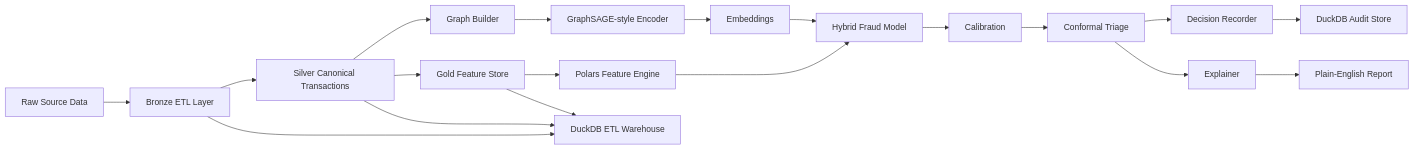
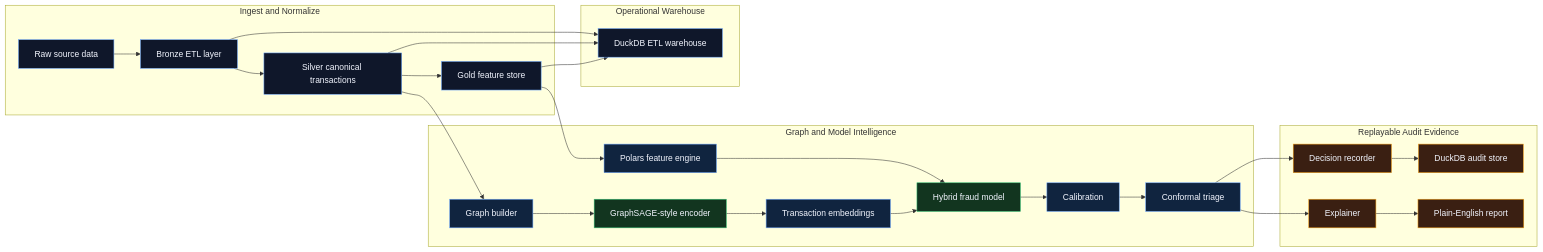
The first of 5 diagrams in README.md (AngelP17/Rift), drawn with Mermaid before and after one commit. The commit also changed other lines of this file and 8 other files, not shown here.

````diff
--- a/README.md
+++ b/README.md
@@ -27,21 +27,41 @@
 ```mermaid
 flowchart LR
-    A[Raw Source Data] --> B[Bronze ETL Layer]
-    B --> C[Silver Canonical Transactions]
-    C --> D[Gold Feature Store]
-    D --> E[Polars Feature Engine]
-    C --> F[Graph Builder]
-    F --> G[GraphSAGE-style Encoder]
-    G --> H[Embeddings]
-    E --> I[Hybrid Fraud Model]
-    H --> I
-    I --> J[Calibration]
-    J --> K[Conformal Triage]
-    K --> L[Decision Recorder]
-    K --> M[Explainer]
-    L --> N[DuckDB Audit Store]
-    B --> O[DuckDB ETL Warehouse]
-    C --> O
-    D --> O
-    M --> P[Plain-English Report]
+    subgraph ingest ["Ingest and Normalize"]
+        A["Raw source data"] --> B["Bronze ETL layer"]
+        B --> C["Silver canonical transactions"]
+        C --> D["Gold feature store"]
+    end
+
+    subgraph intelligence ["Graph and Model Intelligence"]
+        D --> E["Polars feature engine"]
+        C --> F["Graph builder"]
+        F --> G["GraphSAGE-style encoder"]
+        G --> H["Transaction embeddings"]
+        E --> I["Hybrid fraud model"]
+        H --> I
+        I --> J["Calibration"]
+        J --> K["Conformal triage"]
+    end
+
+    subgraph audit ["Replayable Audit Evidence"]
+        K --> L["Decision recorder"]
+        K --> M["Explainer"]
+        L --> N["DuckDB audit store"]
+        M --> P["Plain-English report"]
+    end
+
+    subgraph warehouse ["Operational Warehouse"]
+        B --> O["DuckDB ETL warehouse"]
+        C --> O
+        D --> O
+    end
+
+    classDef source fill:#0f172a,stroke:#6ea8fe,color:#f3f6ff
+    classDef process fill:#10243f,stroke:#6ea8fe,color:#f3f6ff
+    classDef model fill:#12351f,stroke:#2fbf71,color:#f3f6ff
+    classDef audit fill:#3a1f12,stroke:#f39c12,color:#f3f6ff
+    class A,B,C,D,O source
+    class E,F,G,H,I,J,K process
+    class I,G model
+    class L,M,N,P audit
 ```
````
